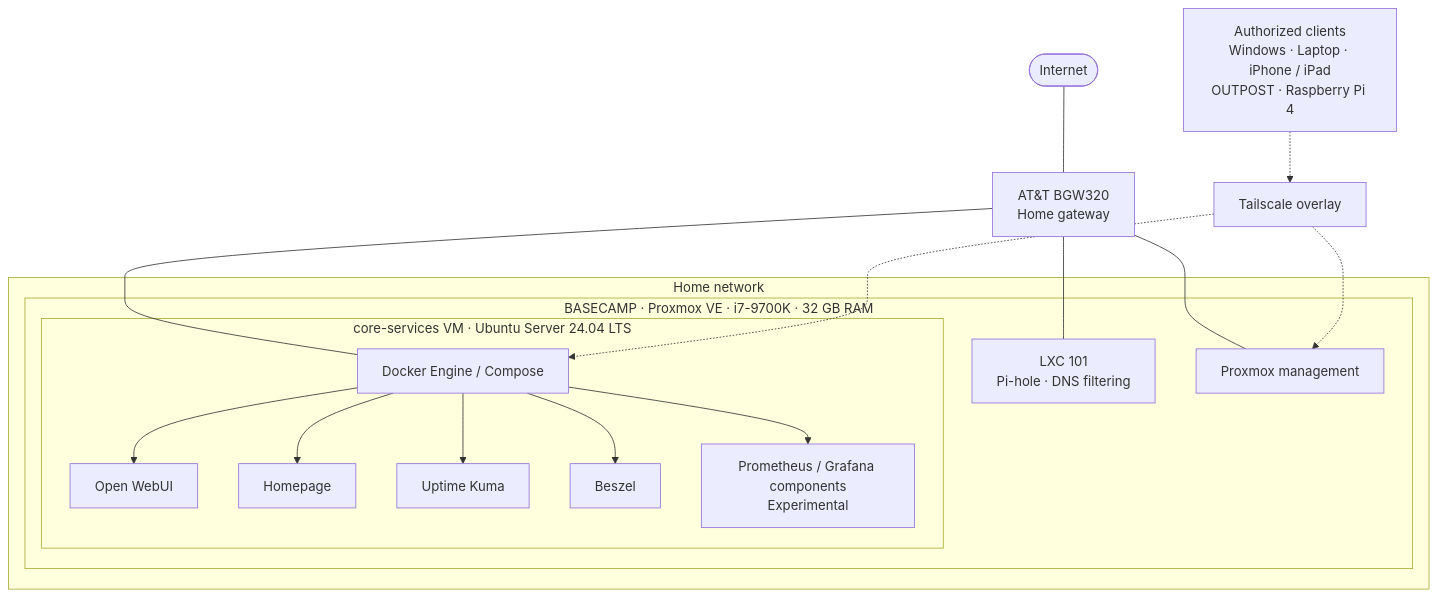
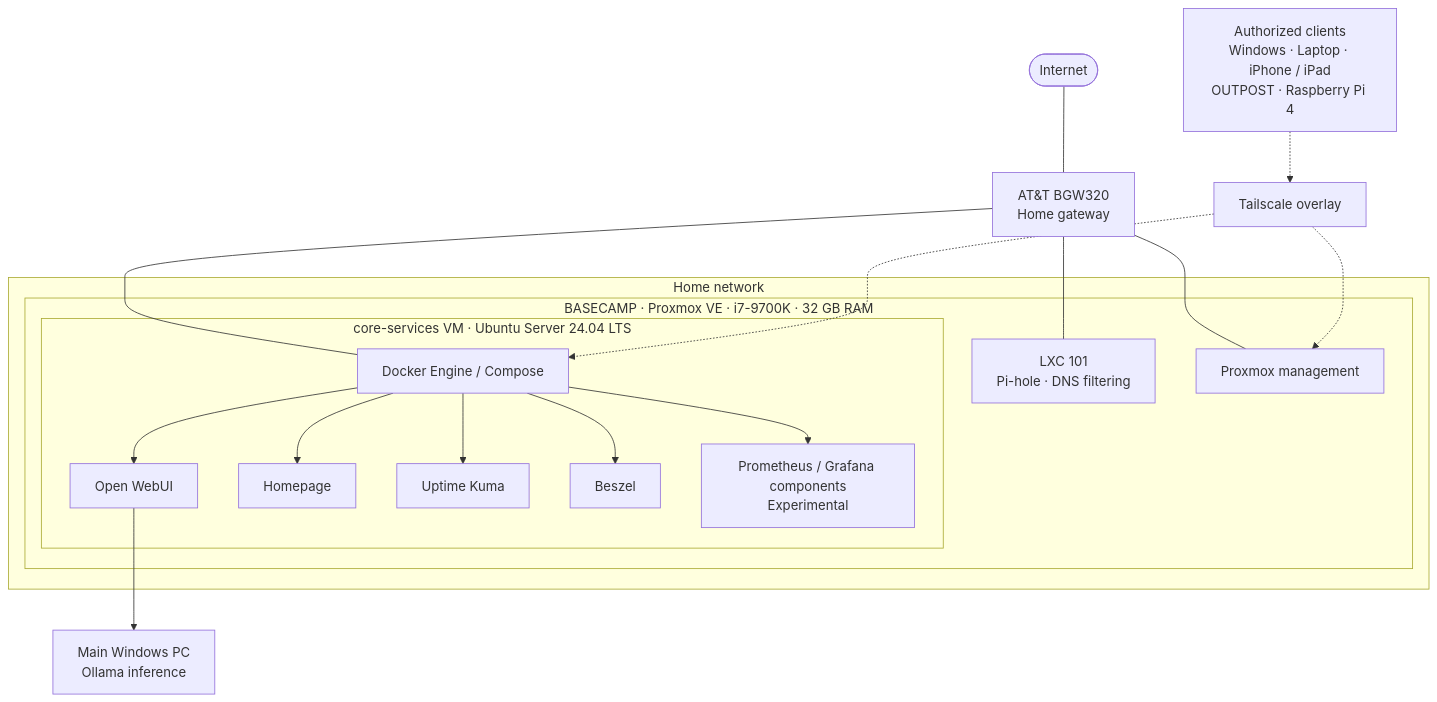
One commit to soonerbear22-ux/basecamp-homelab changed the diagram in diagrams/basecamp-architecture.md. Above: the diagram before and after it, drawn with Mermaid. The commit also changed 3 other files, not shown here.

````diff
--- a/diagrams/basecamp-architecture.md
+++ b/diagrams/basecamp-architecture.md
@@ -7,36 +7,38 @@
 ```mermaid
 flowchart TB
     Internet([Internet])
     Gateway["AT&T BGW320<br/>Home gateway"]
     Internet --- Gateway
 
     subgraph LAN["Home network"]
         subgraph Host["BASECAMP · Proxmox VE · i7-9700K · 32 GB RAM"]
             subgraph VM["core-services VM · Ubuntu Server 24.04 LTS"]
                 Docker["Docker Engine / Compose"]
                 WebUI["Open WebUI"]
                 Homepage["Homepage"]
                 Kuma["Uptime Kuma"]
                 Beszel["Beszel"]
                 Metrics["Prometheus / Grafana components<br/>Experimental"]
                 Docker --> WebUI
                 Docker --> Homepage
                 Docker --> Kuma
                 Docker --> Beszel
                 Docker --> Metrics
             end
             PiHole["LXC 101<br/>Pi-hole · DNS filtering"]
             Admin["Proxmox management"]
         end
     end
 
+    Inference["Main Windows PC<br/>Ollama inference"]
+    WebUI --> Inference
     Gateway --- Admin
     Gateway --- Docker
     Gateway --- PiHole
 
     Clients["Authorized clients<br/>Windows · Laptop · iPhone / iPad<br/>OUTPOST · Raspberry Pi 4"]
     Overlay["Tailscale overlay"]
     Clients -.-> Overlay
     Overlay -.-> Admin
     Overlay -.-> Docker
 ```
````
